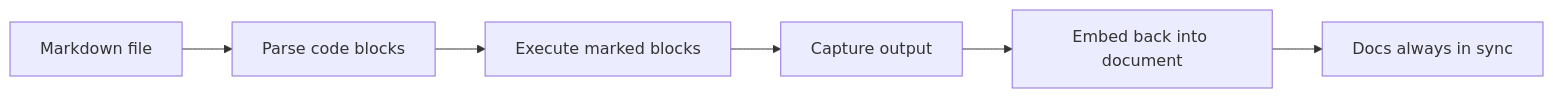
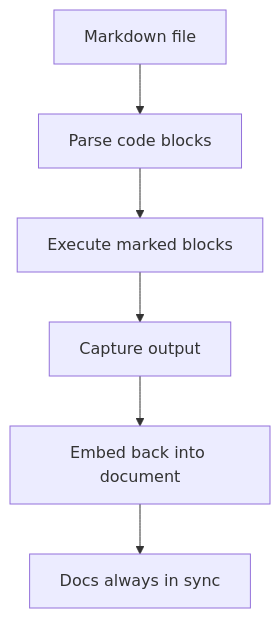
The diagram in README.md (split/literate-docs), drawn with Mermaid before and after one commit.

Commit message:
Change Mermaid flowchart to top-down layout for readability

````diff
--- a/README.md
+++ b/README.md
@@ -33,8 +33,8 @@
 ```mermaid
-flowchart LR
+flowchart TD
     A[Markdown file] --> B[Parse code blocks]
     B --> C[Execute marked blocks]
     C --> D[Capture output]
     D --> E[Embed back into document]
     E --> F[Docs always in sync]
 ```
````
